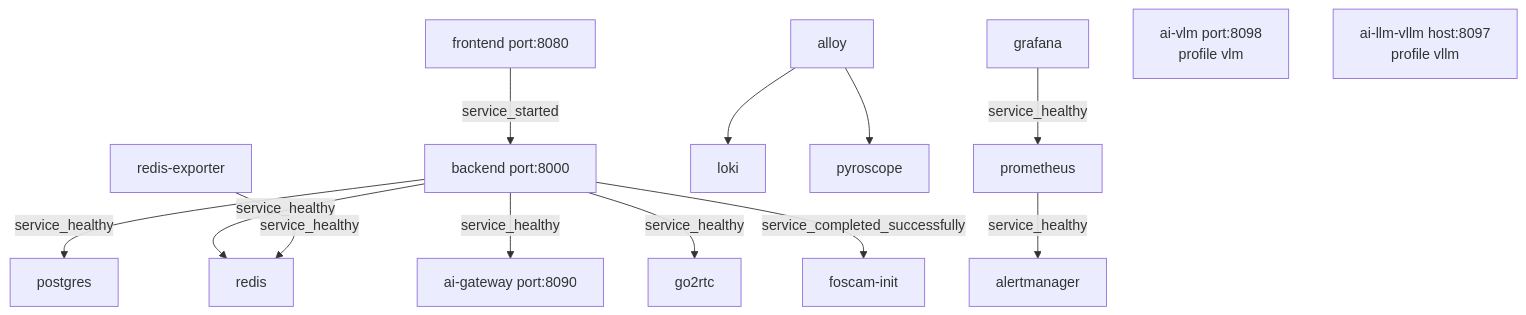
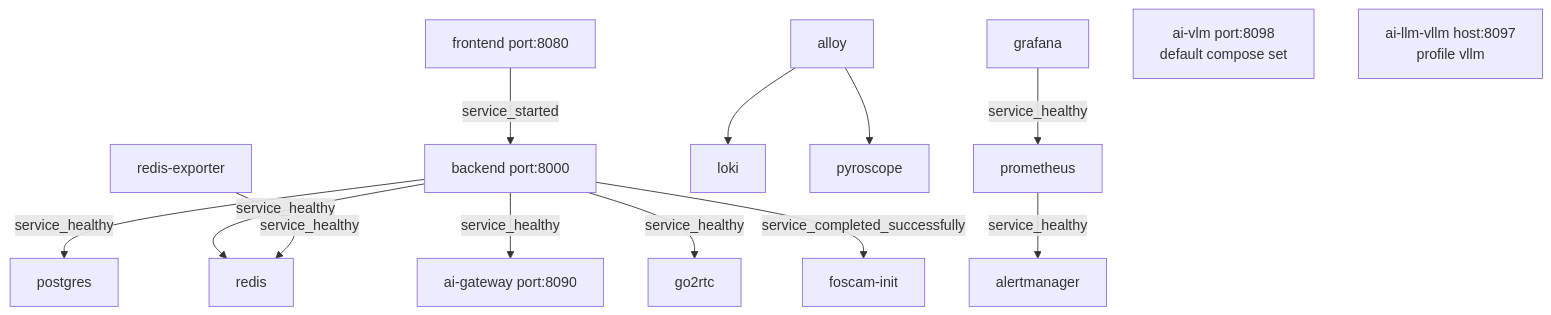
Before and after one commit to mikesvoboda/nemotron-v3-home-security-intelligence: the third of 5 diagrams in docs/deployment/container-orchestration.md, drawn with Mermaid. The commit also changed other lines of this file and 56 other files, not shown here.

````diff
--- a/docs/deployment/container-orchestration.md
+++ b/docs/deployment/container-orchestration.md
@@ -306,32 +307,32 @@
 ```mermaid
 flowchart TD
     PG[postgres]
     RD[redis]
     G2[go2rtc]
     FI[foscam-init]
     GW[ai-gateway port:8090]
     BE[backend port:8000]
     FE[frontend port:8080]
     AM[alertmanager]
     PR[prometheus]
     GR[grafana]
     LK[loki]
     PY[pyroscope]
     AL[alloy]
     RX[redis-exporter]
 
     BE -->|service_healthy| PG
     BE -->|service_healthy| RD
     BE -->|service_healthy| GW
     BE -->|service_healthy| G2
     BE -->|service_completed_successfully| FI
     FE -->|service_started| BE
     PR -->|service_healthy| AM
     GR -->|service_healthy| PR
     RX -->|service_healthy| RD
     AL --> LK
     AL --> PY
 
-    VLM[ai-vlm port:8098<br/>profile vlm]
+    VLM[ai-vlm port:8098<br/>default compose set]
     VLLM[ai-llm-vllm host:8097<br/>profile vllm]
 ```
````
